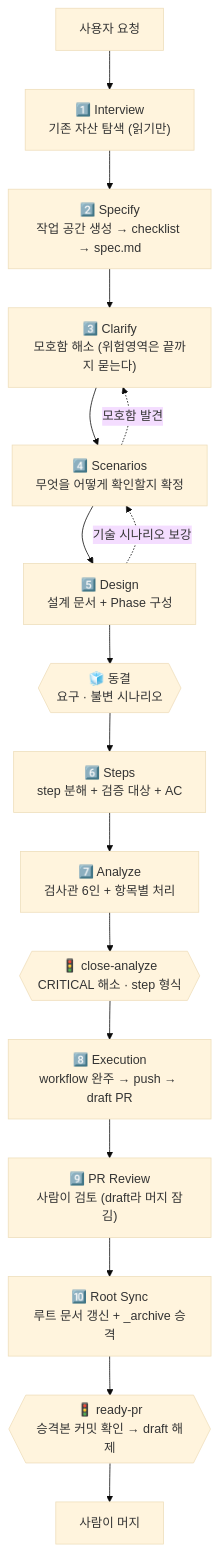
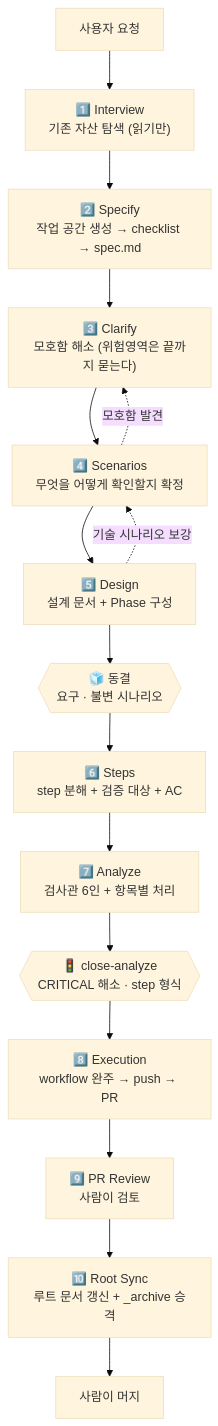
The first of 4 diagrams in README.md (KimYeonWook511/spec-harness-plugin), drawn with Mermaid (base theme) before and after one commit. The commit also changed other lines of this file and 6 other files, not shown here.

````diff
--- a/README.md
+++ b/README.md
@@ -25,20 +25,19 @@
 ```mermaid
 flowchart TD
     A["사용자 요청"] --> S1["1️⃣ Interview<br>기존 자산 탐색 (읽기만)"]
     S1 --> S2["2️⃣ Specify<br>작업 공간 생성 → checklist → spec.md"]
     S2 --> S3["3️⃣ Clarify<br>모호함 해소 (위험영역은 끝까지 묻는다)"]
     S3 --> S4["4️⃣ Scenarios<br>무엇을 어떻게 확인할지 확정"]
     S4 --> S5["5️⃣ Design<br>설계 문서 + Phase 구성"]
     S5 --> FZ{{"🧊 동결<br>요구 · 불변 시나리오"}}
     FZ --> S6["6️⃣ Steps<br>step 분해 + 검증 대상 + AC"]
     S6 --> S7["7️⃣ Analyze<br>검사관 6인 + 항목별 처리"]
     S7 --> CA{{"🚦 close-analyze<br>CRITICAL 해소 · step 형식"}}
-    CA --> S8["8️⃣ Execution<br>workflow 완주 → push → draft PR"]
-    S8 --> S9["9️⃣ PR Review<br>사람이 검토 (draft라 머지 잠김)"]
+    CA --> S8["8️⃣ Execution<br>workflow 완주 → push → PR"]
+    S8 --> S9["9️⃣ PR Review<br>사람이 검토"]
     S9 --> S10["🔟 Root Sync<br>루트 문서 갱신 + _archive 승격"]
-    S10 --> RP{{"🚦 ready-pr<br>승격본 커밋 확인 → draft 해제"}}
-    RP --> M["사람이 머지"]
+    S10 --> M["사람이 머지"]
 
     S4 -.모호함 발견.-> S3
     S5 -.기술 시나리오 보강.-> S4
 ```
````
